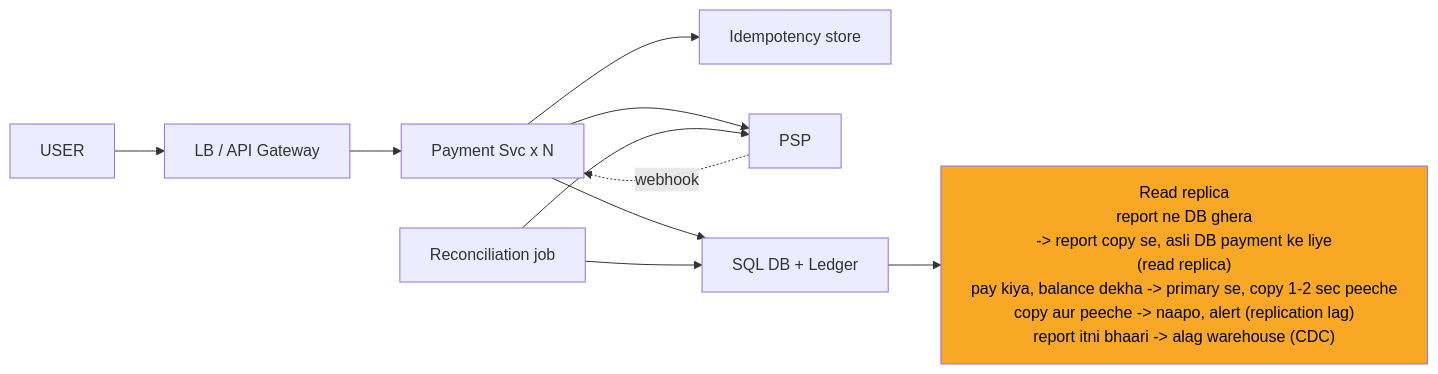
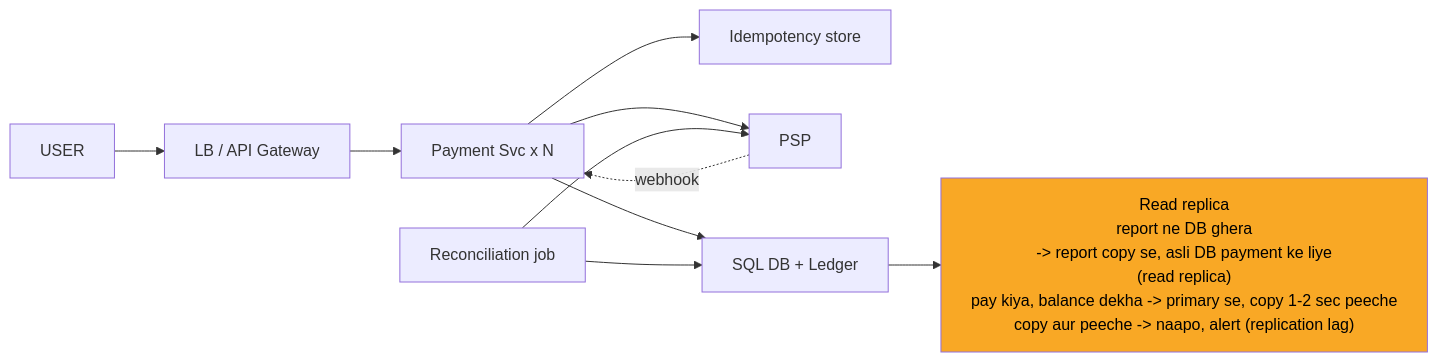
Before and after one commit to ArpanMaheshwari144/Prep: the tenth of 12 diagrams in 04_HLD/SYSTEM_DESIGNS/06_payment_system/06_payment_system.md, drawn with Mermaid. The commit also changed other lines of this file and 13 other files, not shown here.

````diff
--- a/04_HLD/SYSTEM_DESIGNS/06_payment_system/06_payment_system.md
+++ b/04_HLD/SYSTEM_DESIGNS/06_payment_system/06_payment_system.md
@@ -429,22 +429,22 @@
 ```mermaid
 %%{init: {"flowchart": {"wrappingWidth": 450}}}%%
 flowchart LR
     n_USER["USER"]
     n_LB_API_Gateway["LB / API Gateway"]
     n_Payment_Svc_xN["Payment Svc x N"]
     n_Idempotency_store["Idempotency store"]
     n_PSP["PSP"]
     n_DB["SQL DB + Ledger"]
-    n_Read_replica["Read replica<br/>report ne DB ghera<br/>-> report copy se, asli DB payment ke liye<br/>(read replica)<br/>pay kiya, balance dekha -> primary se, copy 1-2 sec peeche<br/>copy aur peeche -> naapo, alert (replication lag)<br/>report itni bhaari -> alag warehouse (CDC)"]
+    n_Read_replica["Read replica<br/>report ne DB ghera<br/>-> report copy se, asli DB payment ke liye<br/>(read replica)<br/>pay kiya, balance dekha -> primary se, copy 1-2 sec peeche<br/>copy aur peeche -> naapo, alert (replication lag)"]
     n_Reconciliation_job["Reconciliation job"]
     n_USER --> n_LB_API_Gateway
     n_LB_API_Gateway --> n_Payment_Svc_xN
     n_Payment_Svc_xN --> n_Idempotency_store
     n_Payment_Svc_xN --> n_PSP
     n_Payment_Svc_xN --> n_DB
     n_DB --> n_Read_replica
     n_Reconciliation_job --> n_DB
     n_Reconciliation_job --> n_PSP
     n_PSP -.->|webhook| n_Payment_Svc_xN
     style n_Read_replica fill:#f9a825,color:#000
 ```
````
